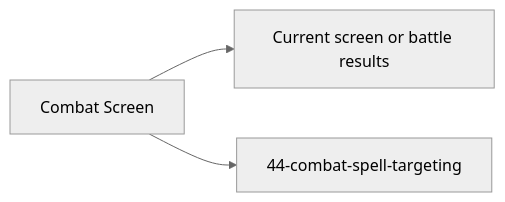
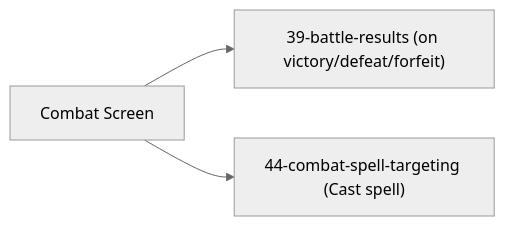
The fifth of 5 diagrams in docs/architecture/wiki/screens/38-combat-screen/architecture.md (SunaNoOshiro/Heroes_Reforged_AI_Realms), drawn with Mermaid (neutral theme) before and after one commit. The commit also changed other lines of this file and 518 other files, not shown here.

First line of the commit message:
Add doc-audit skill and sweep architecture/screen docs

````diff
--- a/docs/architecture/wiki/screens/38-combat-screen/architecture.md
+++ b/docs/architecture/wiki/screens/38-combat-screen/architecture.md
@@ -74,6 +69,6 @@
 ```mermaid
 flowchart LR
   Current["Combat Screen"]
-  Current --> T0["Current screen or battle results"]
-  Current --> T1["44-combat-spell-targeting"]
+  Current --> T0["39-battle-results (on victory/defeat/forfeit)"]
+  Current --> T1["44-combat-spell-targeting (Cast spell)"]
 ```
````
